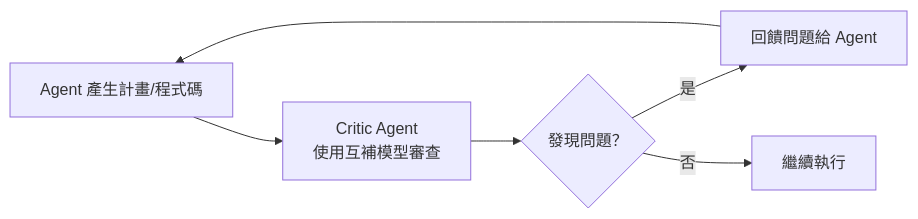
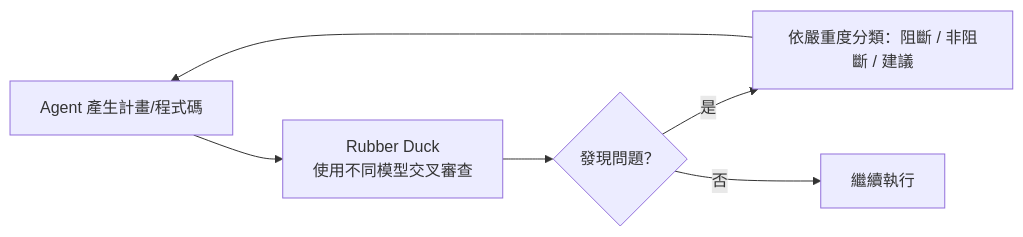
Before and after one commit to chihhung/Blog: the ninth of 13 diagrams in content/posts/教學/AI開發/Copilot CLI教學手冊.md, drawn with Mermaid. The commit also changed other lines of this file and 3 other files, not shown here.

````diff
--- a/content/posts/教學/AI開發/Copilot CLI教學手冊.md
+++ b/content/posts/教學/AI開發/Copilot CLI教學手冊.md
@@ -1329,8 +1426,8 @@
 ```mermaid
 graph LR
-    A[Agent 產生計畫/程式碼] --> B[Critic Agent<br/>使用互補模型審查]
+    A[Agent 產生計畫/程式碼] --> B[Rubber Duck<br/>使用不同模型交叉審查]
     B --> C{發現問題？}
-    C -->|是| D[回饋問題給 Agent]
+    C -->|是| D[依嚴重度分類：阻斷 / 非阻斷 / 建議]
     D --> A
     C -->|否| E[繼續執行]
 ```
````
